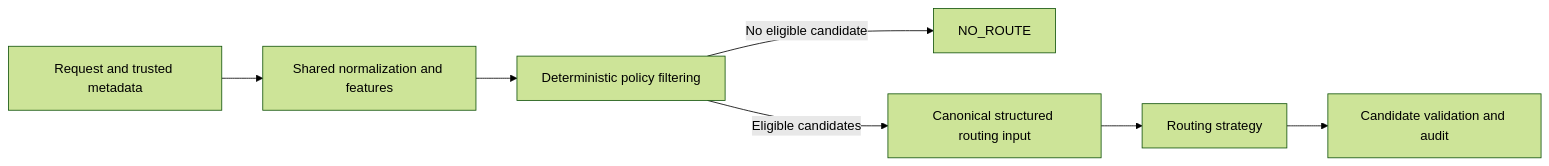
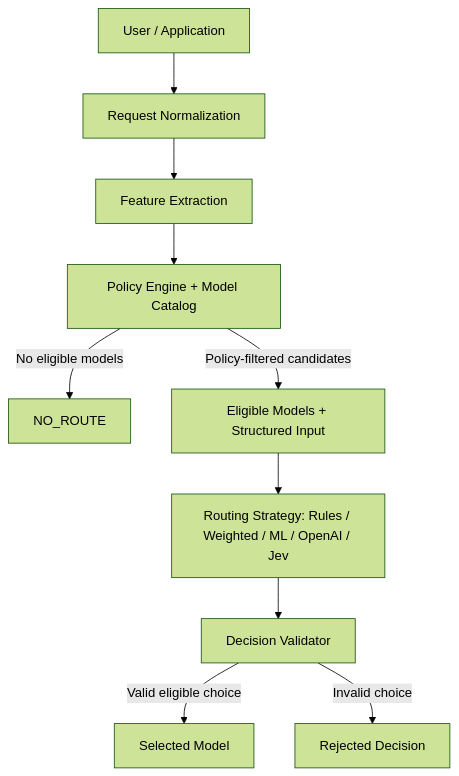
Before and after one commit to debabratapruseth/Smart-Model-Router-for-Regulated-AI: the diagram in README.md, drawn with Mermaid (forest theme). The commit also changed other lines of this file, not shown here.

````diff
--- a/README.md
+++ b/README.md
@@ -29,9 +28,12 @@
 ```mermaid
-flowchart LR
-    A[Request and trusted metadata] --> B[Shared normalization and features]
-    B --> C[Deterministic policy filtering]
-    C -->|No eligible candidate| D[NO_ROUTE]
-    C -->|Eligible candidates| E[Canonical structured routing input]
-    E --> F[Routing strategy]
-    F --> G[Candidate validation and audit]
+flowchart TD
+    A[User / Application] --> B[Request Normalization]
+    B --> C[Feature Extraction]
+    C --> D[Policy Engine + Model Catalog]
+    D -->|No eligible models| N[NO_ROUTE]
+    D -->|Policy-filtered candidates| E[Eligible Models + Structured Input]
+    E --> F[Routing Strategy: Rules / Weighted / ML / OpenAI / Jev]
+    F --> G[Decision Validator]
+    G -->|Valid eligible choice| H[Selected Model]
+    G -->|Invalid choice| I[Rejected Decision]
 ```
````
